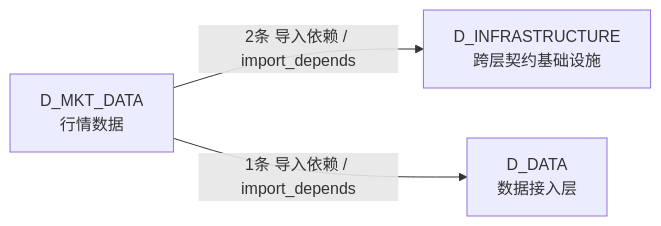
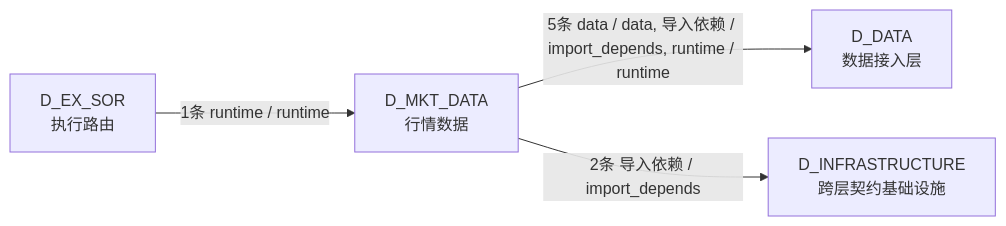
The third of 3 diagrams in docs/02_enterprise_architecture/02_domain_architecture_docs/23_d_mkt_data.md (xuanFelixVan/ZephyrAlpha), drawn with Mermaid before and after one commit. The commit also changed other lines of this file and 79 other files, not shown here.

````diff
--- a/docs/02_enterprise_architecture/02_domain_architecture_docs/23_d_mkt_data.md
+++ b/docs/02_enterprise_architecture/02_domain_architecture_docs/23_d_mkt_data.md
@@ -146,8 +157,10 @@
 ```mermaid
 graph LR
     D_MKT_DATA["D_MKT_DATA<br/>行情数据"]
+    D_DATA["D_DATA<br/>数据接入层"]
     D_INFRASTRUCTURE["D_INFRASTRUCTURE<br/>跨层契约基础设施"]
-    D_DATA["D_DATA<br/>数据接入层"]
+    D_EX_SOR["D_EX_SOR<br/>执行路由"]
+    D_MKT_DATA -->|5条 data / data, 导入依赖 / import_depends, runtime / runtime| D_DATA
     D_MKT_DATA -->|2条 导入依赖 / import_depends| D_INFRASTRUCTURE
-    D_MKT_DATA -->|1条 导入依赖 / import_depends| D_DATA
+    D_EX_SOR -->|1条 runtime / runtime| D_MKT_DATA
 ```
````
